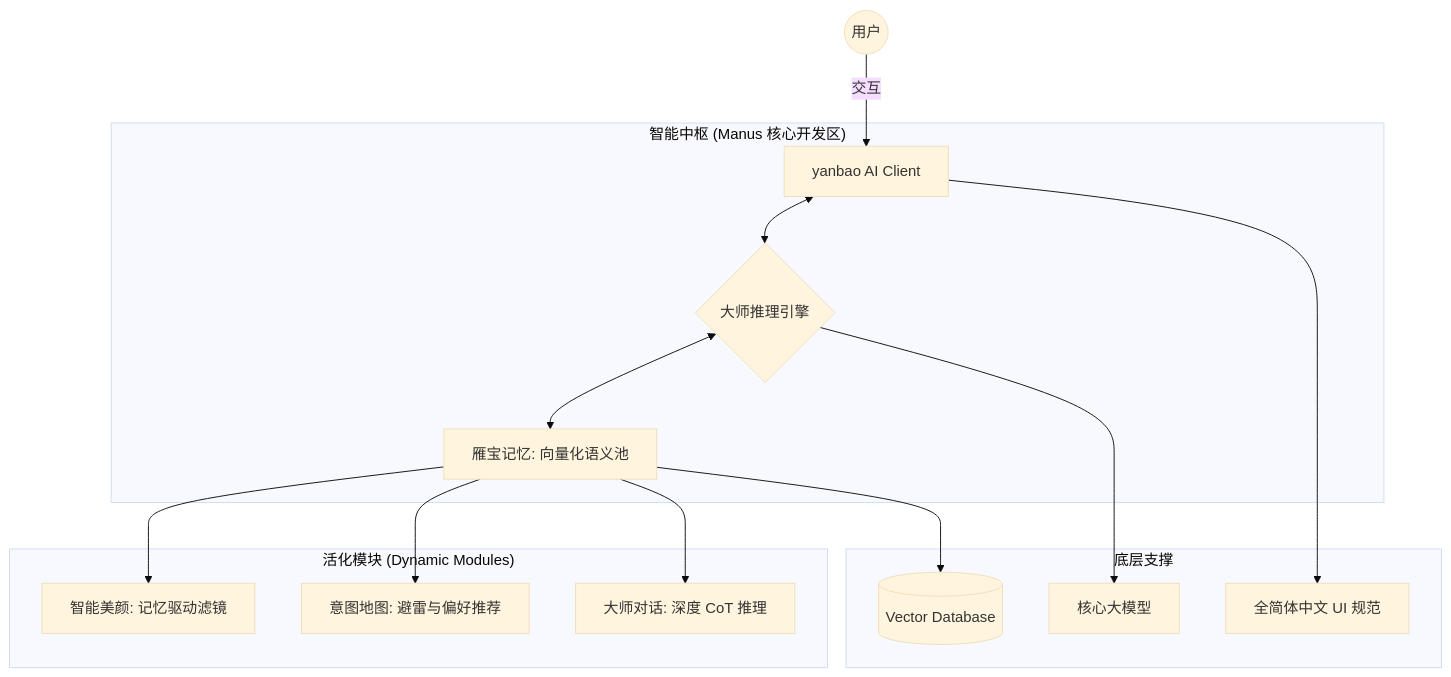
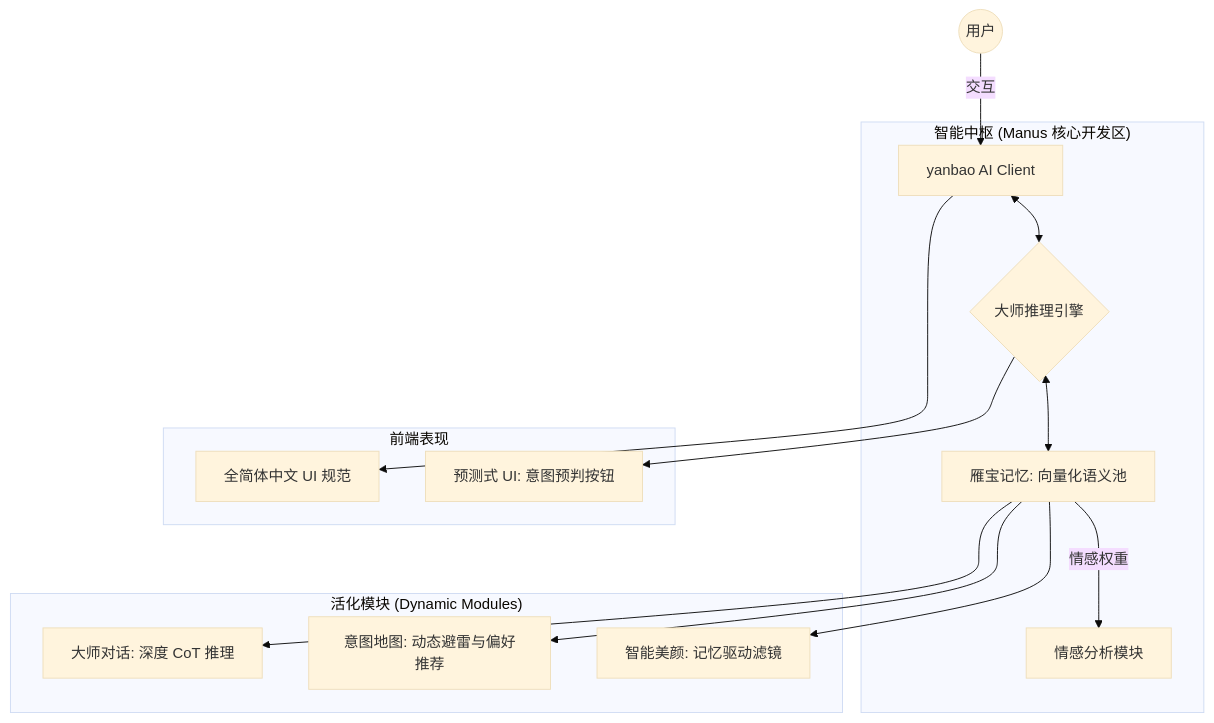
The diagram in NEXT_PHASE_PLAN.md (Tsaojason-cao/yanbao-miniprogram), drawn with Mermaid (base theme) before and after one commit. The commit also changed other lines of this file, not shown here.

Commit message:
docs: update phase 2 plan with emotion memory and predictive UI requirements

````diff
--- a/NEXT_PHASE_PLAN.md
+++ b/NEXT_PHASE_PLAN.md
@@ -7,21 +7,21 @@
 ```mermaid
 graph TD
     User((用户)) -- 交互 --> App[yanbao AI Client]
     
     subgraph "智能中枢 (Manus 核心开发区)"
         App <--> Brain{大师推理引擎}
         Brain <--> Memory[雁宝记忆: 向量化语义池]
+        Memory -- 情感权重 --> Emotion[情感分析模块]
     end
 
     subgraph "活化模块 (Dynamic Modules)"
         Memory --> Photo[智能美颜: 记忆驱动滤镜]
-        Memory --> Map[意图地图: 避雷与偏好推荐]
+        Memory --> Map[意图地图: 动态避雷与偏好推荐]
         Memory --> Master[大师对话: 深度 CoT 推理]
     end
 
-    subgraph "底层支撑"
-        Brain --> LLM[核心大模型]
-        Memory --> VecDB[(Vector Database)]
+    subgraph "前端表现"
+        Brain --> PredictUI[预测式 UI: 意图预判按钮]
         App --> SimplifiedCN[全简体中文 UI 规范]
     end
 ```
````
